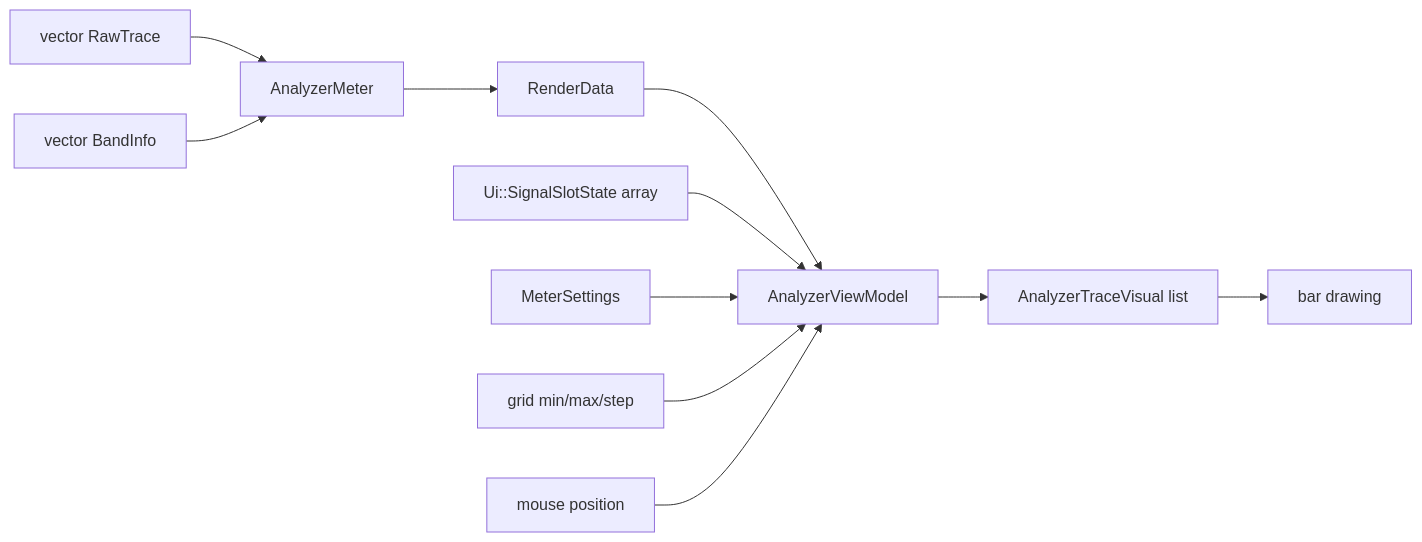
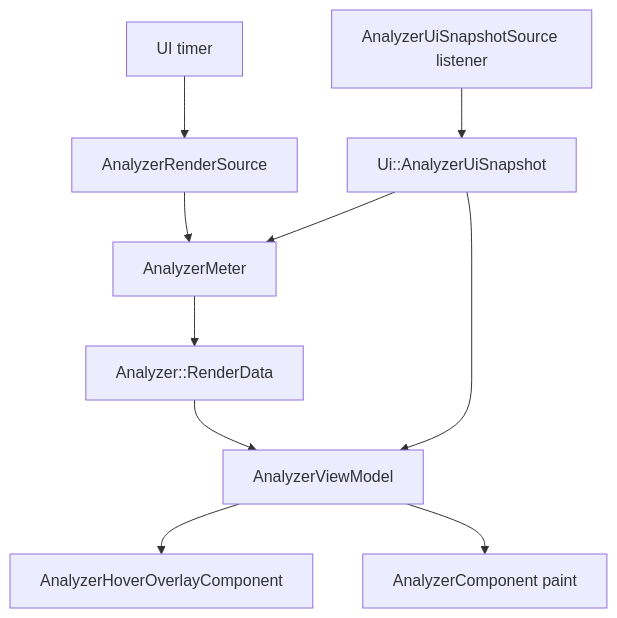
The second of 2 diagrams in docs/ui-architecture.md (Silenterc/Band-Spectrum-Analyzer), drawn with Mermaid before and after one commit. The commit also changed other lines of this file and 55 other files, not shown here.

````diff
--- a/docs/ui-architecture.md
+++ b/docs/ui-architecture.md
@@ -221,13 +156,12 @@
 ```mermaid
-flowchart LR
-    Raw[vector RawTrace] --> Meter[AnalyzerMeter]
-    Bands[vector BandInfo] --> Meter
-    Meter --> Render[RenderData]
-    Render --> ViewModel[AnalyzerViewModel]
-    Slots[Ui::SignalSlotState array] --> ViewModel
-    MeterSettings[MeterSettings] --> ViewModel
-    GridSettings[grid min/max/step] --> ViewModel
-    Hover[mouse position] --> ViewModel
-    ViewModel --> TraceVisuals[AnalyzerTraceVisual list]
-    TraceVisuals --> Paint[bar drawing]
+flowchart TD
+    Timer[UI timer] --> RenderSource[AnalyzerRenderSource]
+    SnapshotEvents[AnalyzerUiSnapshotSource listener] --> Snapshot[Ui::AnalyzerUiSnapshot]
+    RenderSource --> Meter[AnalyzerMeter]
+    Snapshot --> Meter
+    Meter --> RenderData[Analyzer::RenderData]
+    RenderData --> ViewModel[AnalyzerViewModel]
+    Snapshot --> ViewModel
+    ViewModel --> Overlay[AnalyzerHoverOverlayComponent]
+    ViewModel --> Paint[AnalyzerComponent paint]
 ```
````
